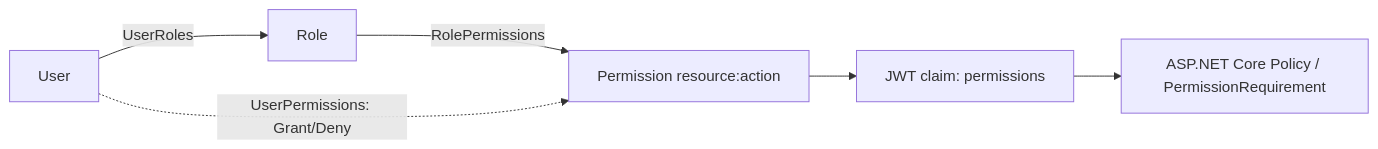
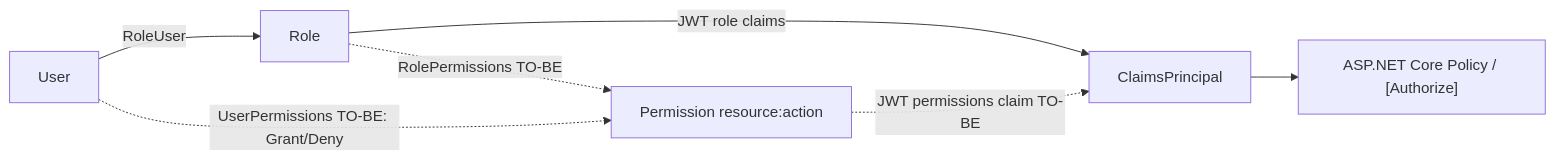
Before and after one commit to haddinz/S1: the fourth of 16 diagrams in ARCHITECTURE.md, drawn with Mermaid. The commit also changed other lines of this file and 4 other files, not shown here.

````diff
--- a/ARCHITECTURE.md
+++ b/ARCHITECTURE.md
@@ -383,8 +354,9 @@
 ```mermaid
 flowchart LR
-  U[User] -->|UserRoles| R[Role]
-  R -->|RolePermissions| P[Permission resource:action]
-  U -.->|UserPermissions: Grant/Deny| P
-  P --> C[JWT claim: permissions]
-  C --> POL[ASP.NET Core Policy / PermissionRequirement]
+  U[User] -->|RoleUser| R[Role]
+  R -.->|RolePermissions TO-BE| P[Permission resource:action]
+  U -.->|UserPermissions TO-BE: Grant/Deny| P
+  R -->|JWT role claims| C[ClaimsPrincipal]
+  P -.->|JWT permissions claim TO-BE| C
+  C --> POL["ASP.NET Core Policy / [Authorize]"]
 ```
````
